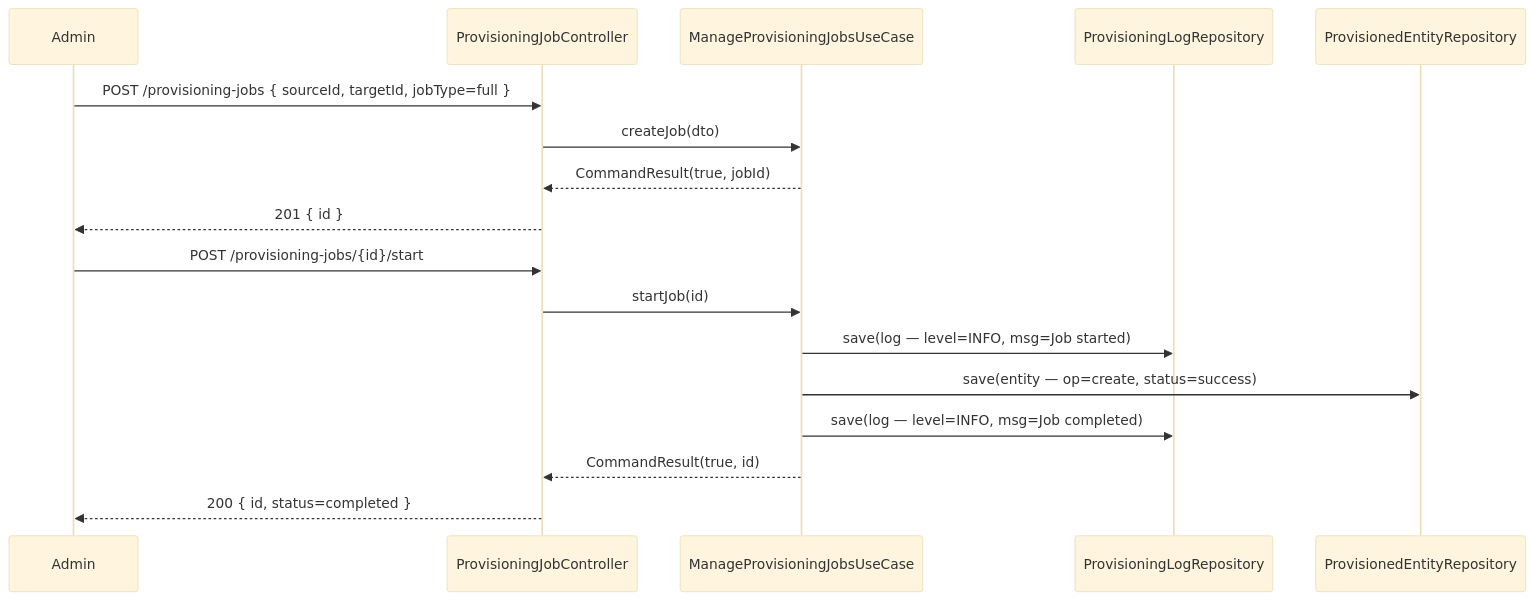
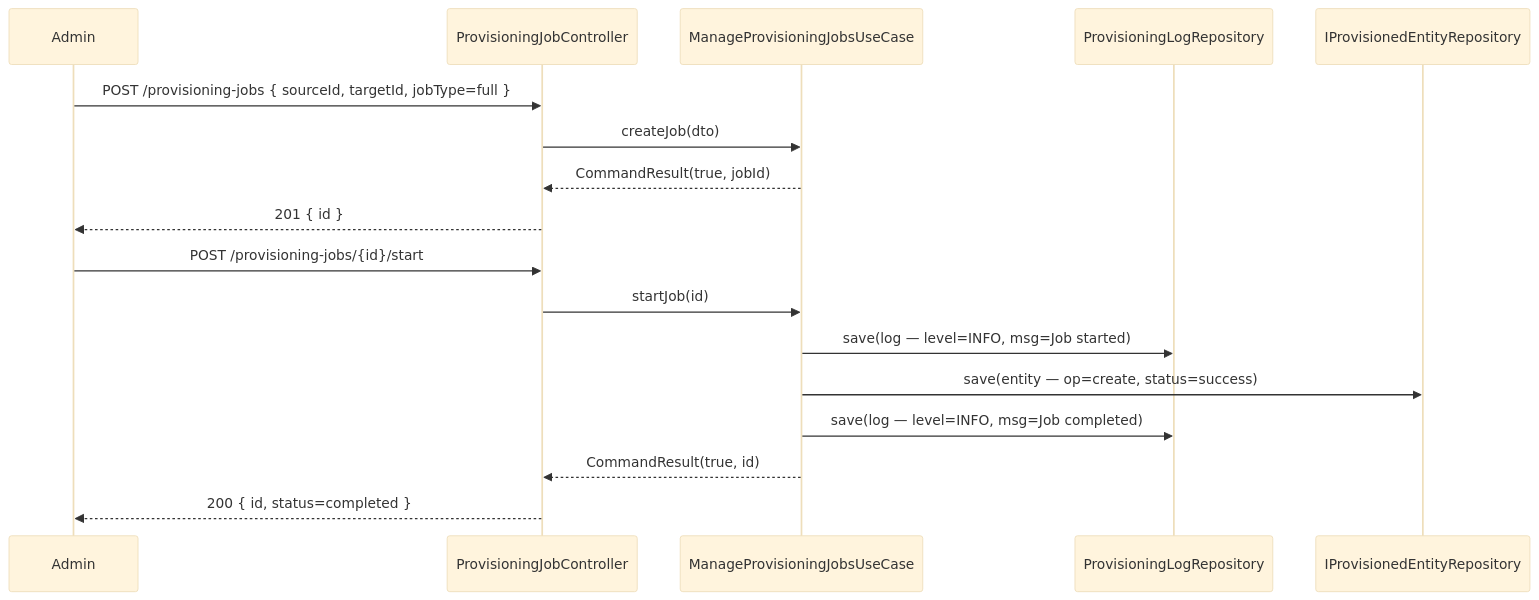
Before and after one commit to UIMSolutions/uim-platform: the third of 3 diagrams in identity-provisioning/UML.md, drawn with Mermaid (base theme). The commit also changed 32 other files, not shown here.

````diff
--- a/identity-provisioning/UML.md
+++ b/identity-provisioning/UML.md
@@ -125,21 +125,21 @@
 ```mermaid
 sequenceDiagram
     participant Admin
     participant JC as ProvisioningJobController
     participant JUC as ManageProvisioningJobsUseCase
     participant LR as ProvisioningLogRepository
-    participant ER as ProvisionedEntityRepository
+    participant ER as IProvisionedEntityRepository
 
     Admin->>JC: POST /provisioning-jobs { sourceId, targetId, jobType=full }
     JC->>JUC: createJob(dto)
     JUC-->>JC: CommandResult(true, jobId)
     JC-->>Admin: 201 { id }
 
     Admin->>JC: POST /provisioning-jobs/{id}/start
     JC->>JUC: startJob(id)
     JUC->>LR: save(log — level=INFO, msg=Job started)
     JUC->>ER: save(entity — op=create, status=success)
     JUC->>LR: save(log — level=INFO, msg=Job completed)
     JUC-->>JC: CommandResult(true, id)
     JC-->>Admin: 200 { id, status=completed }
 ```
````
